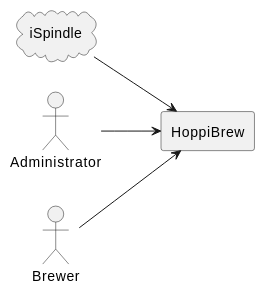
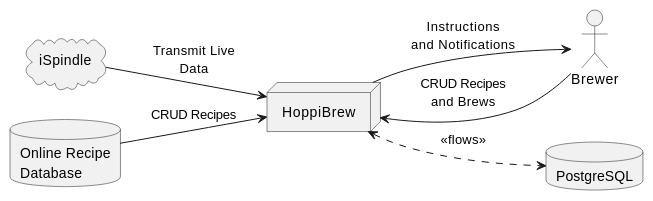
One commit to asbor/iu-project-software-engineering changed the first of 3 diagrams in documents/01-Conception-Phase/chapters/03_System_Scope_and_Context.md. Above: the diagram before and after it, drawn with PlantUML. The commit also changed other lines of this file and 6 other files, not shown here.

```diff
--- a/documents/01-Conception-Phase/chapters/03_System_Scope_and_Context.md
+++ b/documents/01-Conception-Phase/chapters/03_System_Scope_and_Context.md
@@ -9,15 +9,17 @@
 @startuml 02-Context-Vew-Business
 
 left to right direction
 
 cloud iSpindle
-actor Administrator
 actor Brewer
-rectangle "HoppiBrew" {
-}
+database "Online Recipe\nDatabase" as RecipeDB
 
-iSpindle --> HoppiBrew
-Administrator --> HoppiBrew
-Brewer --> HoppiBrew
+node "HoppiBrew" as HoppiBrew
+database "PostgreSQL" as PostgreSQL
 
+RecipeDB --> HoppiBrew : CRUD Recipes
+iSpindle --> HoppiBrew : Transmit Live\nData
+Brewer --> HoppiBrew : CRUD Recipes\nand Brews
+HoppiBrew <..> PostgreSQL : <<flows>>
+HoppiBrew --> Brewer : Instructions\nand Notifications
 @enduml
```
